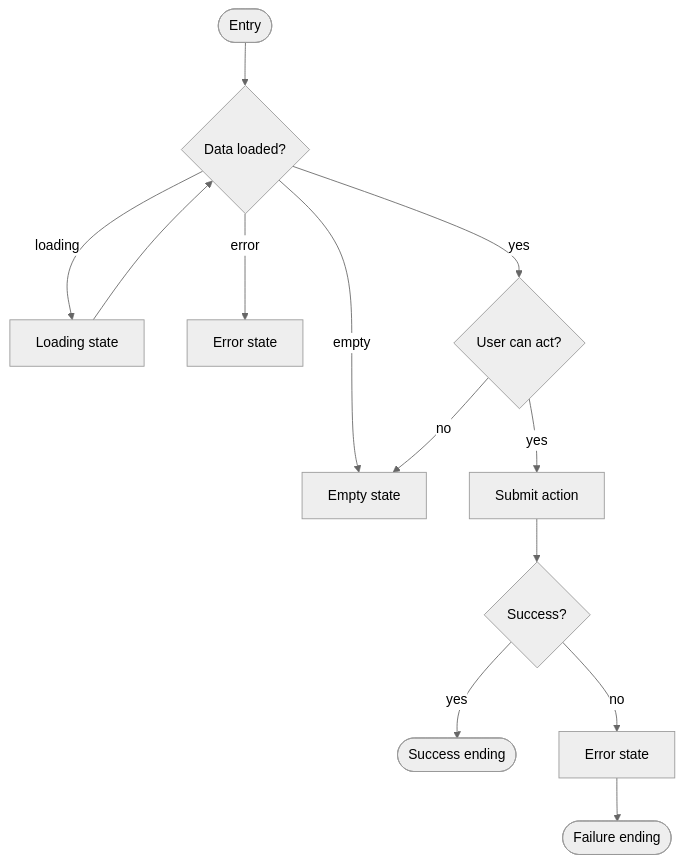
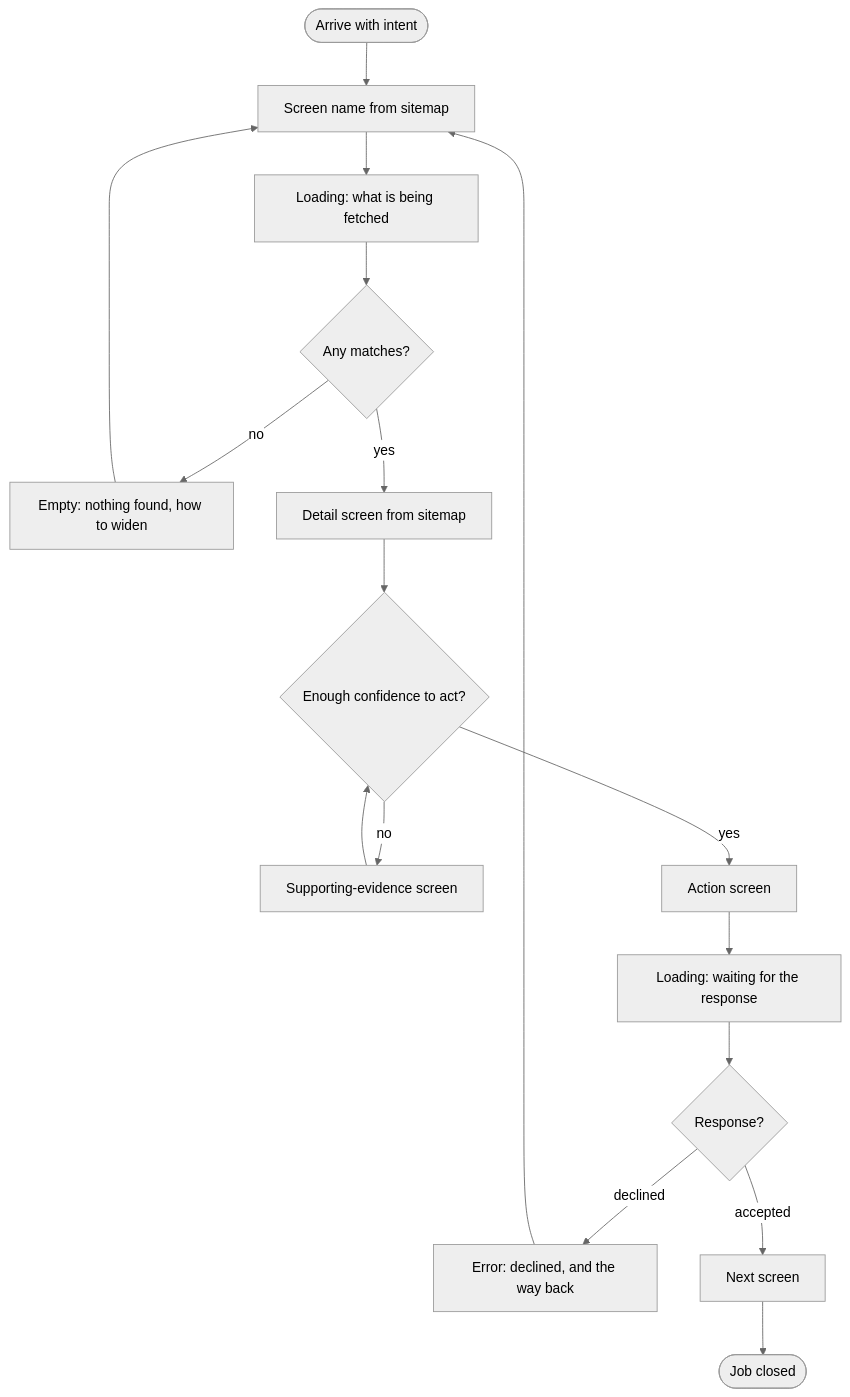
The first of 3 diagrams in template/.design/templates/flows.md (denysosadchyi/design-spec-framework), drawn with Mermaid (neutral theme) before and after one commit. The commit also changed other lines of this file and 63 other files, not shown here.

````diff
--- a/template/.design/templates/flows.md
+++ b/template/.design/templates/flows.md
@@ -10,14 +26,19 @@
 ```mermaid
 flowchart TD
-  Start([Entry]) --> Load{Data loaded?}
-  Load -- loading --> Loading[Loading state]
-  Loading --> Load
-  Load -- empty --> Empty[Empty state]
-  Load -- error --> Error[Error state]
-  Load -- yes --> Action{User can act?}
-  Action -- yes --> Submit[Submit action]
-  Action -- no --> Empty
-  Submit --> Result{Success?}
-  Result -- yes --> Success([Success ending])
-  Result -- no --> Fail[Error state] --> End([Failure ending])
+    Start([Arrive with intent]) --> List[Screen name from sitemap]
+    List --> Loading["Loading: what is being fetched"]
+    Loading --> Has{Any matches?}
+    Has -->|no| Empty["Empty: nothing found, how to widen"]
+    Empty --> List
+    Has -->|yes| Item[Detail screen from sitemap]
+    Item --> Sure{Enough confidence to act?}
+    Sure -->|no| Proof[Supporting-evidence screen]
+    Proof --> Sure
+    Sure -->|yes| Act[Action screen]
+    Act --> Wait["Loading: waiting for the response"]
+    Wait --> Resp{Response?}
+    Resp -->|declined| Err["Error: declined, and the way back"]
+    Err --> List
+    Resp -->|accepted| Next[Next screen]
+    Next --> Win(["Job closed"])
 ```
````
